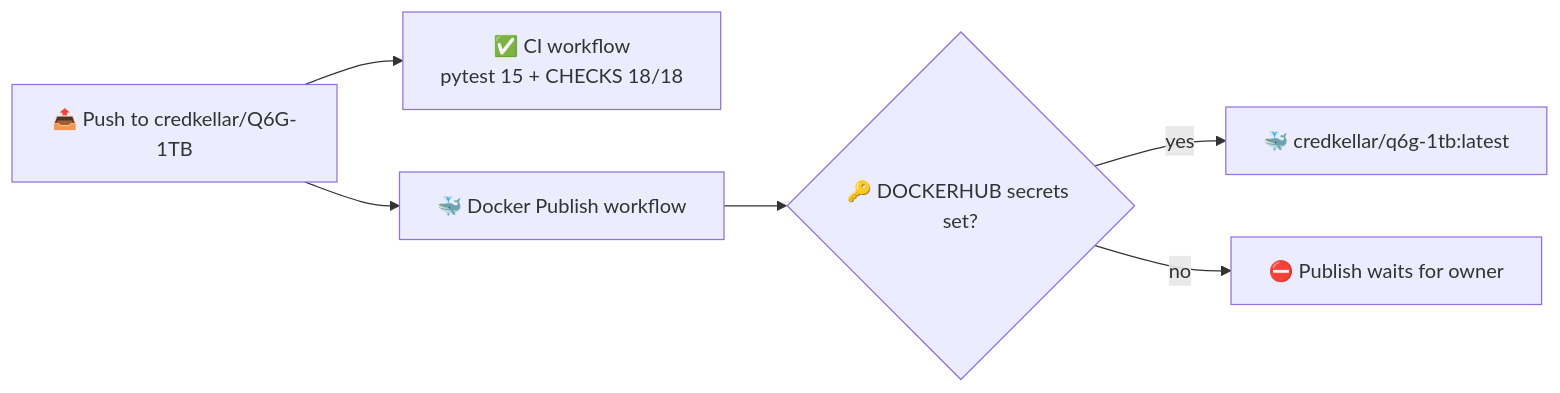
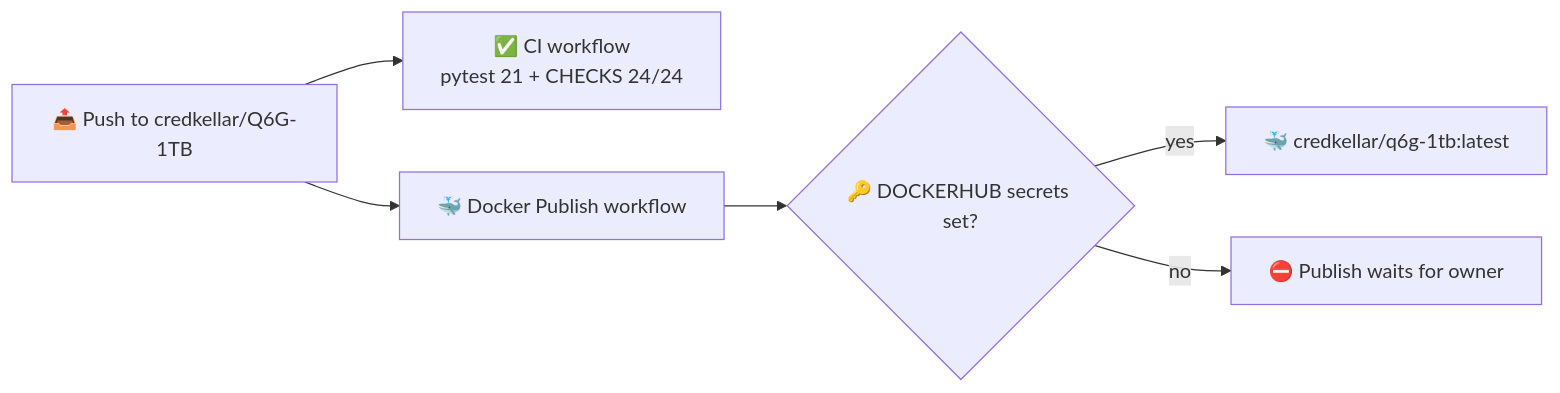
Before and after one commit to kimanicollier44-cmyk/Q6G-1TB: the first of 15 diagrams in README.md, drawn with Mermaid. The commit also changed other lines of this file and 9 other files, not shown here.

Commit message:
Q6G-1TB v1.2.0: merge DI-MIXER + topology + Google Flow + Gemini Carbon 4 / Muse full seats - gates 16, pytest 21, CHECKS 24/24

````diff
--- a/README.md
+++ b/README.md
@@ -34,8 +34,8 @@
 ```mermaid
 flowchart LR
-    P[📤 Push to credkellar/Q6G-1TB] --> CI[✅ CI workflow<br/>pytest 15 + CHECKS 18/18]
+    P[📤 Push to credkellar/Q6G-1TB] --> CI[✅ CI workflow<br/>pytest 21 + CHECKS 24/24]
     P --> DP[🐳 Docker Publish workflow]
     DP --> S{🔑 DOCKERHUB secrets set?}
     S -->|yes| HUB[🐳 credkellar/q6g-1tb:latest]
     S -->|no| HOLD[⛔ Publish waits for owner]
 ```
````
